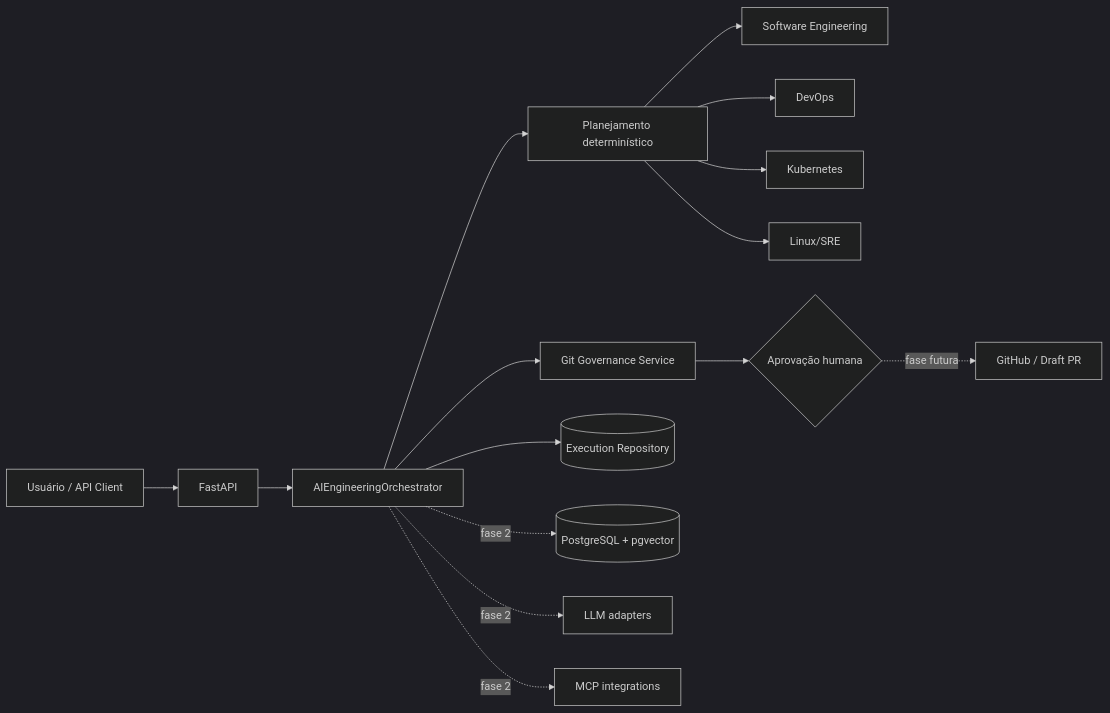
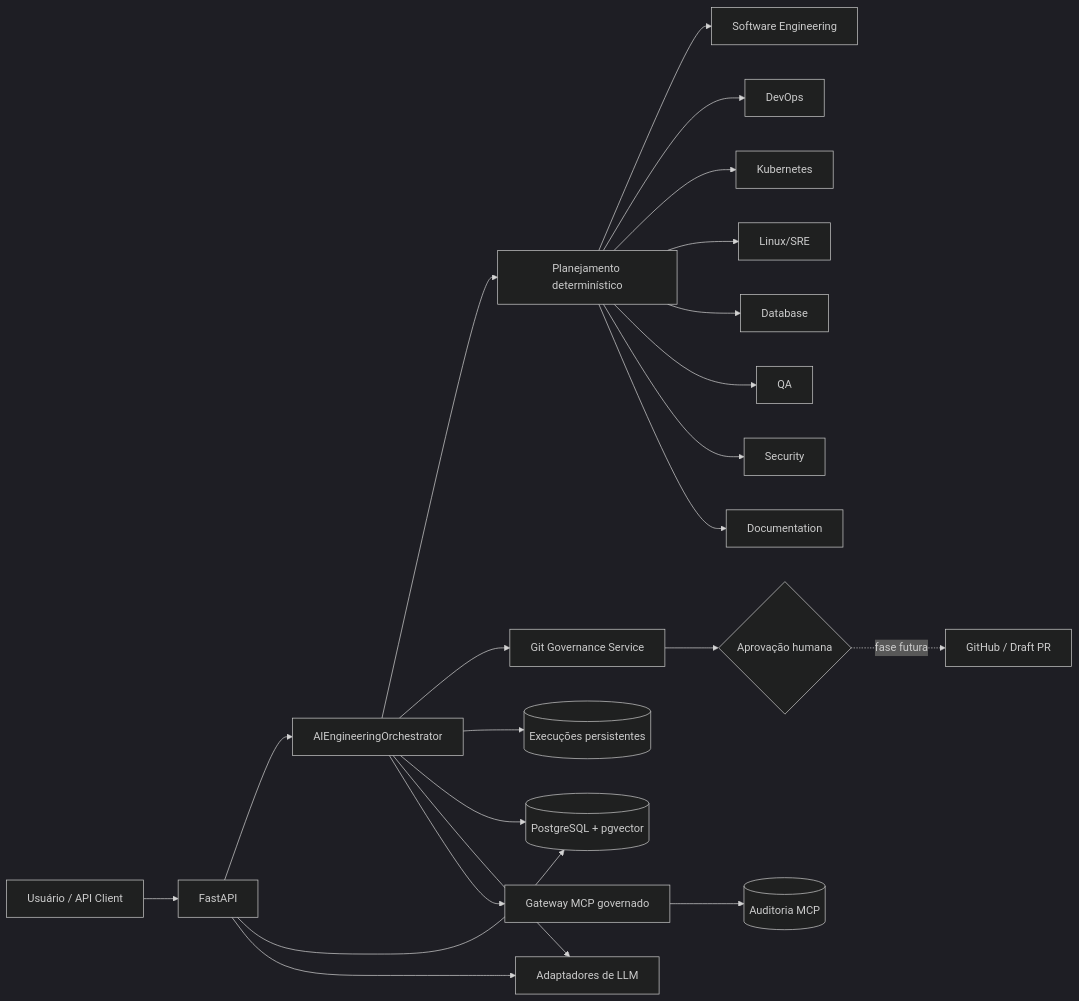
The diagram in README.md (AriRoberto/ai-engineering-orchestrator), drawn with Mermaid (dark theme) before and after one commit. The commit also changed other lines of this file and 95 other files, not shown here.

````diff
--- a/README.md
+++ b/README.md
@@ -40,17 +47,24 @@
 ```mermaid
 flowchart LR
     U[Usuário / API Client] --> API[FastAPI]
     API --> O[AIEngineeringOrchestrator]
     O --> P[Planejamento determinístico]
     P --> SE[Software Engineering]
     P --> DO[DevOps]
     P --> K8[Kubernetes]
     P --> SR[Linux/SRE]
+    P --> DB[Database]
+    P --> QA[QA]
+    P --> SC[Security]
+    P --> DC[Documentation]
     O --> G[Git Governance Service]
-    O --> ER[(Execution Repository)]
+    O --> ER[(Execuções persistentes)]
     G --> H{Aprovação humana}
     H -. fase futura .-> GH[GitHub / Draft PR]
-    O -. fase 2 .-> KB[(PostgreSQL + pgvector)]
-    O -. fase 2 .-> LLM[LLM adapters]
-    O -. fase 2 .-> MCP[MCP integrations]
+    API --> KB[(PostgreSQL + pgvector)]
+    API --> LLM[Adaptadores de LLM]
+    O --> KB
+    O --> LLM
+    O --> MCP[Gateway MCP governado]
+    MCP --> MA[(Auditoria MCP)]
 ```
````
